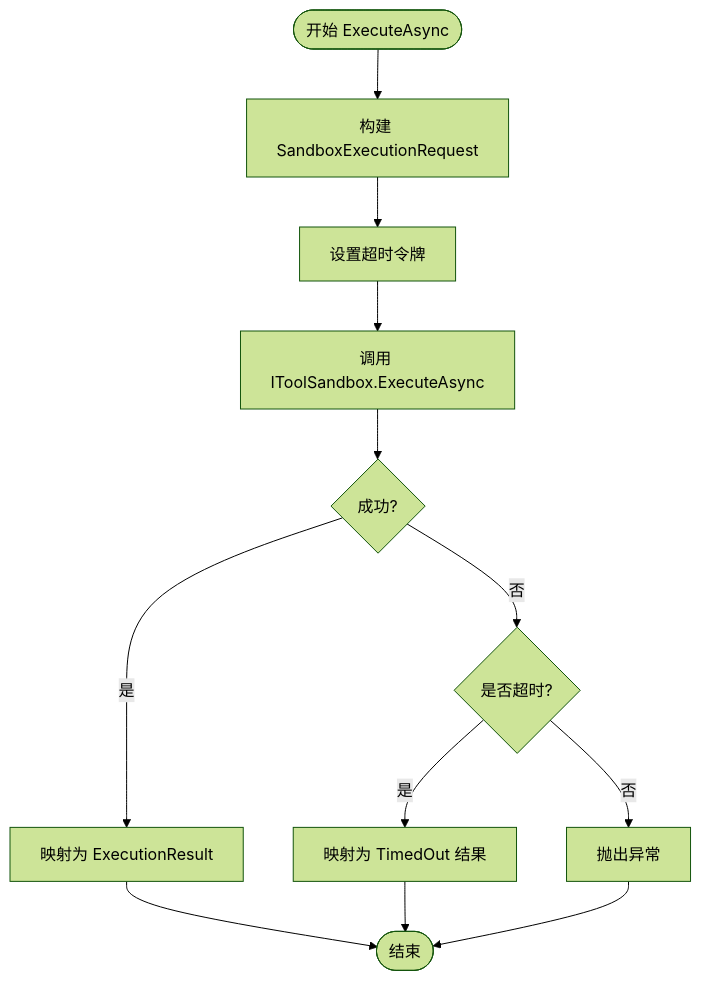
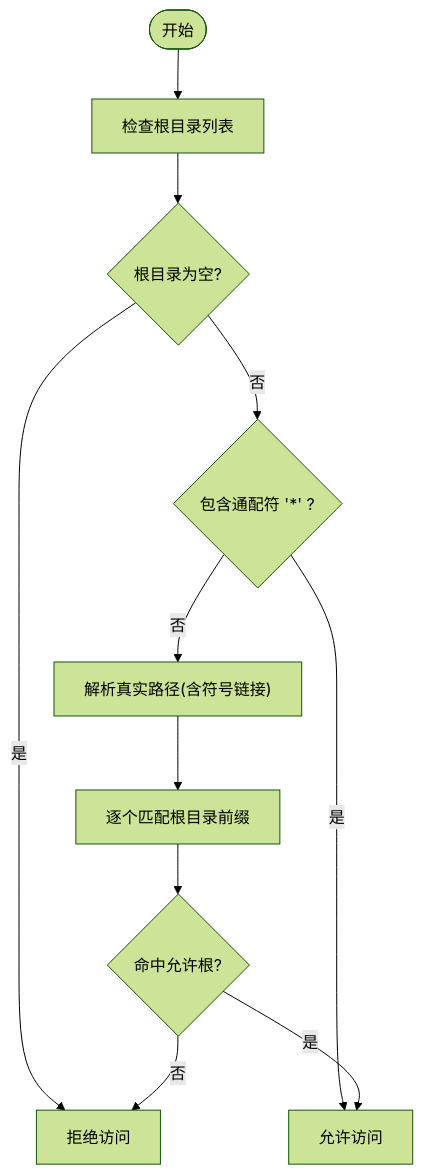
One commit to wayyet/kingcrab changed the fourth of 6 diagrams in .qoder/repowiki/zh/content/工具系统/工具沙箱机制.md. Above: the diagram before and after it, drawn with Mermaid (forest theme). The commit also changed other lines of this file and 431 other files, not shown here.

````diff
--- a/.qoder/repowiki/zh/content/工具系统/工具沙箱机制.md
+++ b/.qoder/repowiki/zh/content/工具系统/工具沙箱机制.md
@@ -214,14 +247,13 @@
 ```mermaid
 flowchart TD
-Start(["开始 ExecuteAsync"]) --> BuildReq["构建 SandboxExecutionRequest"]
-BuildReq --> SetTimeout["设置超时令牌"]
-SetTimeout --> CallSandbox["调用 IToolSandbox.ExecuteAsync"]
-CallSandbox --> Ok{"成功?"}
-Ok --> |是| MapRes["映射为 ExecutionResult"]
-Ok --> |否| IsCancel{"是否超时?"}
-IsCancel --> |是| MapTimeout["映射为 TimedOut 结果"]
-IsCancel --> |否| Throw["抛出异常"]
-MapRes --> End(["结束"])
-MapTimeout --> End
-Throw --> End
+Start(["开始"]) --> CheckRoots["检查根目录列表"]
+CheckRoots --> RootsEmpty{"根目录为空?"}
+RootsEmpty --> |是| Deny["拒绝访问"]
+RootsEmpty --> |否| Wildcard{"包含通配符 '*' ?"}
+Wildcard --> |是| Allow["允许访问"]
+Wildcard --> |否| RealPath["解析真实路径(含符号链接)"]
+RealPath --> Compare["逐个匹配根目录前缀"]
+Compare --> Found{"命中允许根?"}
+Found --> |是| Allow
+Found --> |否| Deny
 ```
````
